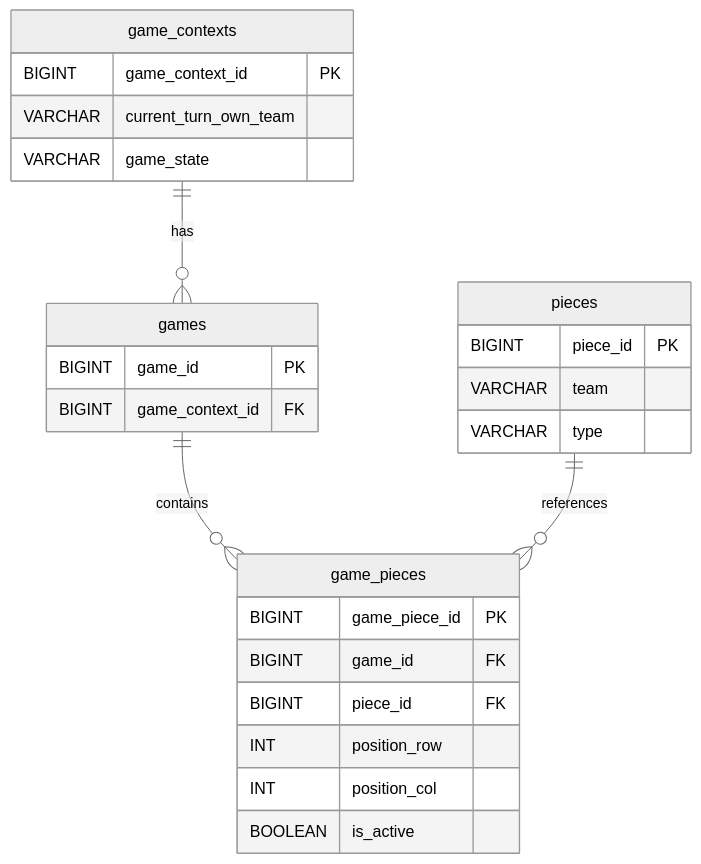
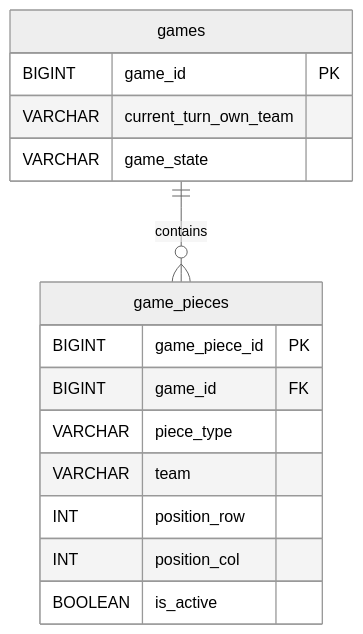
One commit to woowacourse/java-janggi changed the diagram in README.md. Above: the diagram before and after it, drawn with Mermaid (neutral theme). The commit also changed other lines of this file, not shown here.

````diff
--- a/README.md
+++ b/README.md
@@ -254,32 +264,20 @@
 ```mermaid
 erDiagram
-    game_contexts ||--o{ games : "has"
     games ||--o{ game_pieces : "contains"
-    pieces ||--o{ game_pieces : "references"
 
-    game_contexts {
-        BIGINT game_context_id PK
+    games {
+        BIGINT game_id PK
         VARCHAR current_turn_own_team
         VARCHAR game_state
-    }
-    
-    games {
-        BIGINT game_id PK
-        BIGINT game_context_id FK
-    }
-    
-    pieces {
-        BIGINT piece_id PK
-        VARCHAR team
-        VARCHAR type
     }
     
     game_pieces {
         BIGINT game_piece_id PK
         BIGINT game_id FK
-        BIGINT piece_id FK
+        VARCHAR piece_type
+        VARCHAR team
         INT position_row
         INT position_col
         BOOLEAN is_active
     }
 ```
````
